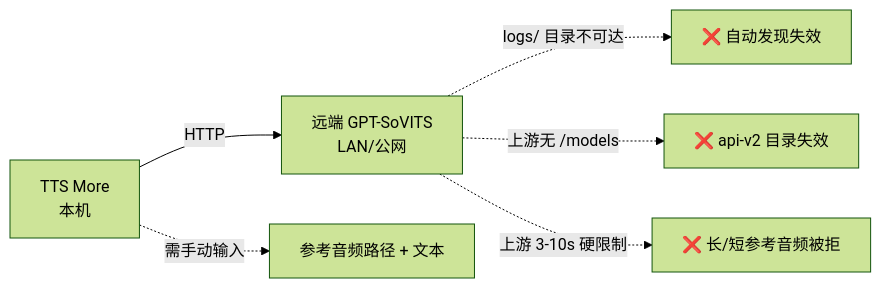
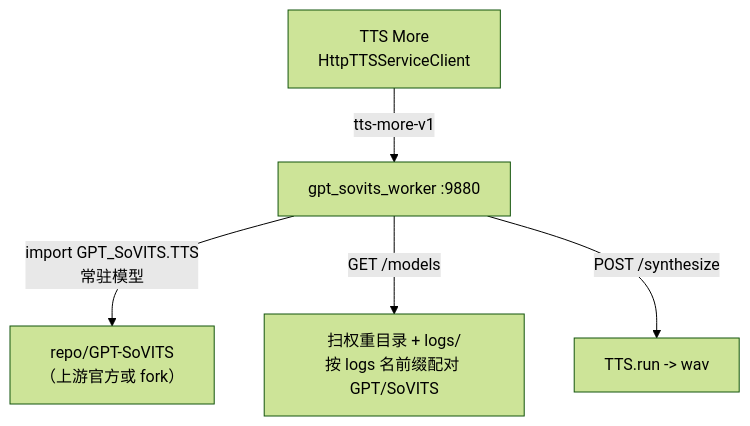
Before and after one commit to XucroYuri/TTS_more: the diagram in docs/gpt-sovits-integration.md, drawn with Mermaid (forest theme). The commit also changed other lines of this file and 2 other files, not shown here.

First line of the commit message:
docs: worker architecture + GPT-SoVITS integration rewrite (worker-first)

````diff
--- a/docs/gpt-sovits-integration.md
+++ b/docs/gpt-sovits-integration.md
@@ -40,8 +9,7 @@
 ```mermaid
-flowchart LR
-    TTS["TTS More<br/>本机"] -- "HTTP" --> Remote["远端 GPT-SoVITS<br/>LAN/公网"]
-    Remote -.->|"logs/ 目录不可达"| X1["❌ 自动发现失效"]
-    Remote -.->|"上游无 /models"| X2["❌ api-v2 目录失效"]
-    Remote -.->|"上游 3-10s 硬限制"| X3["❌ 长/短参考音频被拒"]
-    TTS -.->|"需手动输入"| Manual["参考音频路径 + 文本"]
+flowchart TD
+    App["TTS More<br/>HttpTTSServiceClient"] -- "tts-more-v1" --> Worker["gpt_sovits_worker :9880"]
+    Worker -- "import GPT_SoVITS.TTS\n常驻模型" --> Repo["repo/GPT-SoVITS\n（上游官方或 fork）"]
+    Worker -- "GET /models" --> Scan["扫权重目录 + logs/<br/>按 logs 名前缀配对 GPT/SoVITS"]
+    Worker -- "POST /synthesize" --> Run["TTS.run -> wav"]
 ```
````
